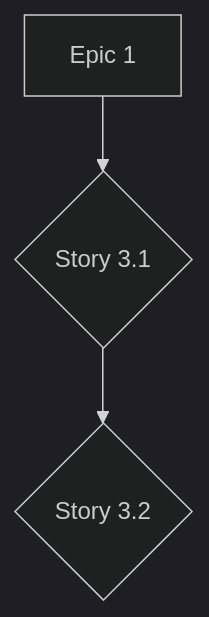
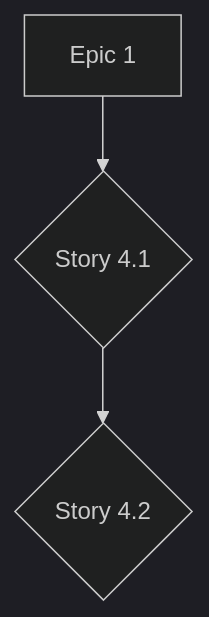
One commit to MarkusKummer/LedController changed the diagram in ledController/docs/it004.md. Above: the diagram before and after it, drawn with Mermaid (dark theme).

`````diff
--- a/ledController/docs/it004.md
+++ b/ledController/docs/it004.md
@@ -10,6 +10,6 @@
 ```mermaid
 flowchart TD
 A[Epic 1] 
-    A --> C{Story 3.1}
-    C --> D{Story 3.2}
+    A --> C{Story 4.1}
+    C --> D{Story 4.2}
 ````
`````
